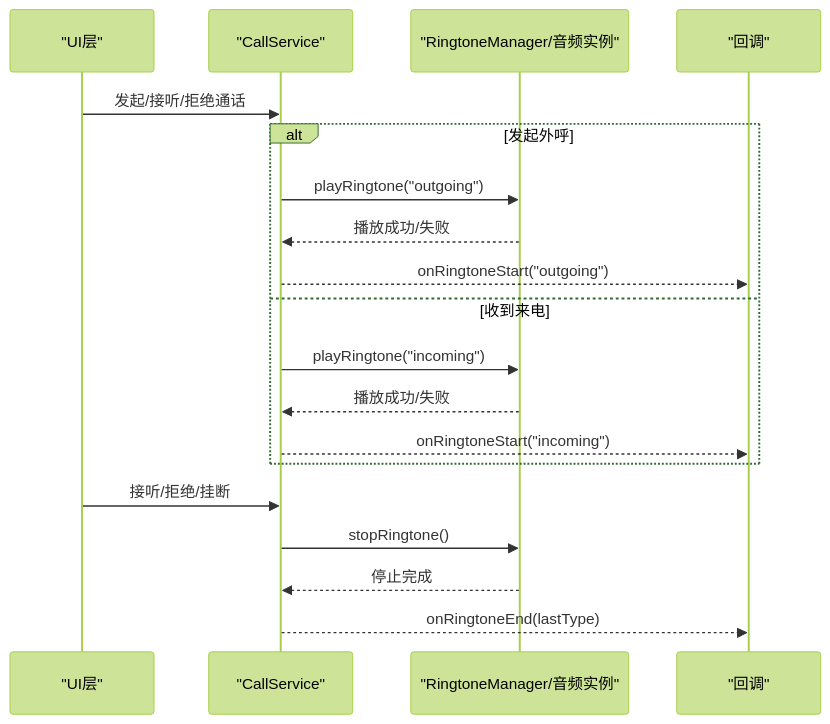
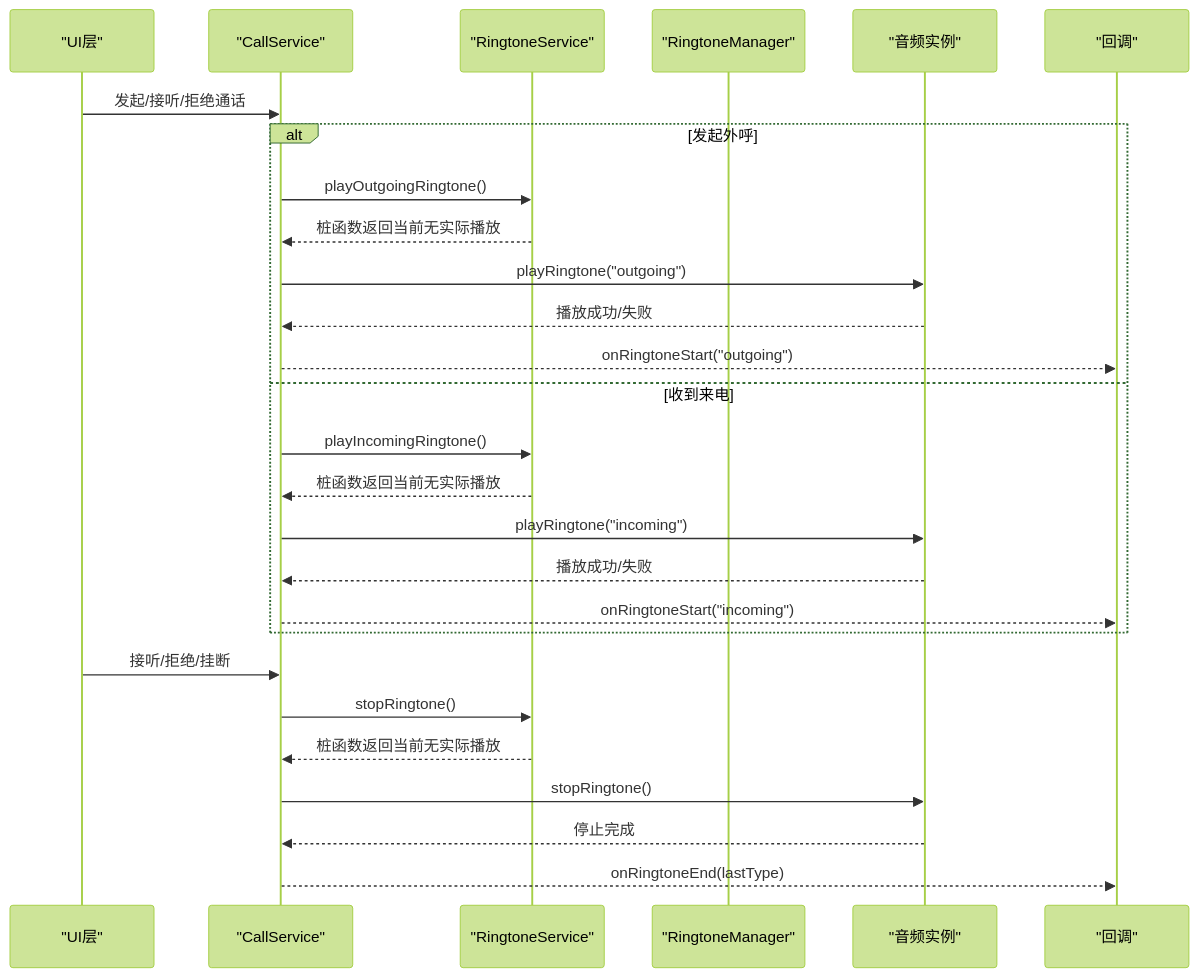
One commit to Easemob-Community/easemob-uikit-callkit-vue3 changed the second of 6 diagrams in .qoder/repowiki/zh/content/工具函数/铃声管理器.md. Above: the diagram before and after it, drawn with Mermaid (forest theme). The commit also changed other lines of this file and 58 other files, not shown here.

````diff
--- a/.qoder/repowiki/zh/content/工具函数/铃声管理器.md
+++ b/.qoder/repowiki/zh/content/工具函数/铃声管理器.md
@@ -82,21 +104,29 @@
 ```mermaid
 sequenceDiagram
 participant UI as "UI层"
 participant CS as "CallService"
-participant RT as "RingtoneManager/音频实例"
+participant RS as "RingtoneService"
+participant RM as "RingtoneManager"
+participant RT as "音频实例"
 participant CB as "回调"
 UI->>CS : 发起/接听/拒绝通话
 alt 发起外呼
+CS->>RS : playOutgoingRingtone()
+RS-->>CS : 桩函数返回当前无实际播放
 CS->>RT : playRingtone("outgoing")
 RT-->>CS : 播放成功/失败
 CS-->>CB : onRingtoneStart("outgoing")
 else 收到来电
+CS->>RS : playIncomingRingtone()
+RS-->>CS : 桩函数返回当前无实际播放
 CS->>RT : playRingtone("incoming")
 RT-->>CS : 播放成功/失败
 CS-->>CB : onRingtoneStart("incoming")
 end
 UI->>CS : 接听/拒绝/挂断
+CS->>RS : stopRingtone()
+RS-->>CS : 桩函数返回当前无实际播放
 CS->>RT : stopRingtone()
 RT-->>CS : 停止完成
 CS-->>CB : onRingtoneEnd(lastType)
 ```
````
